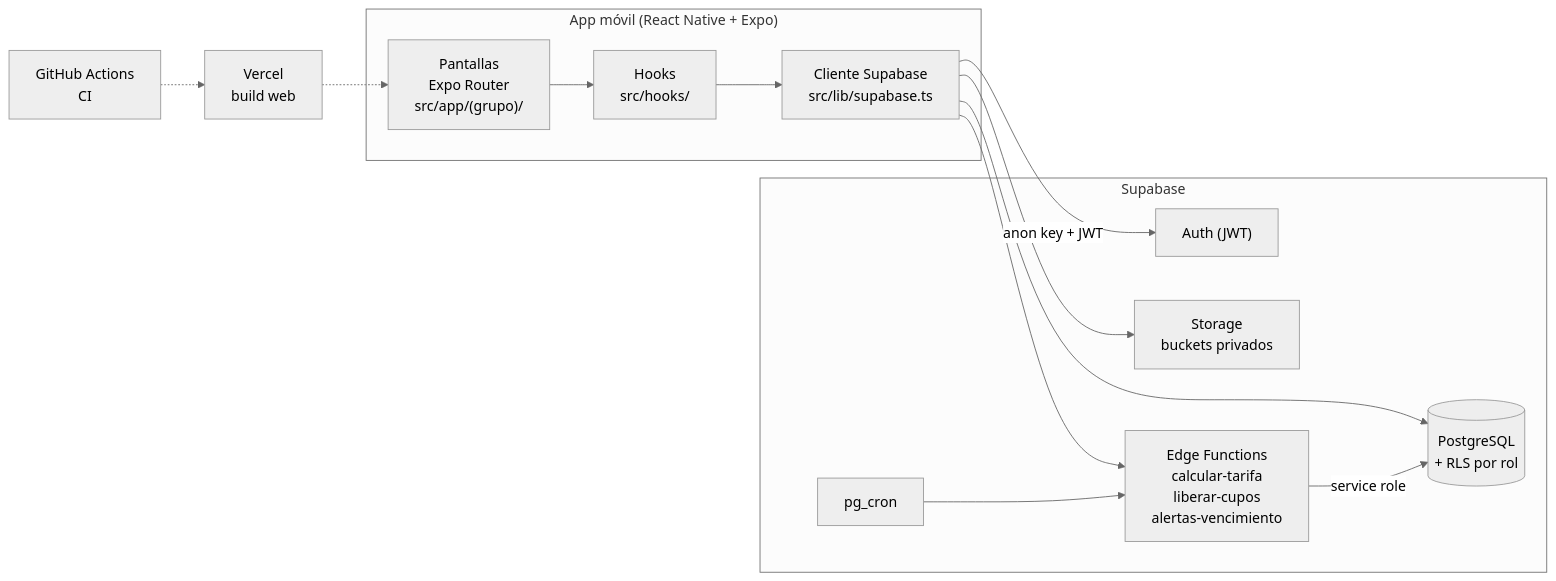
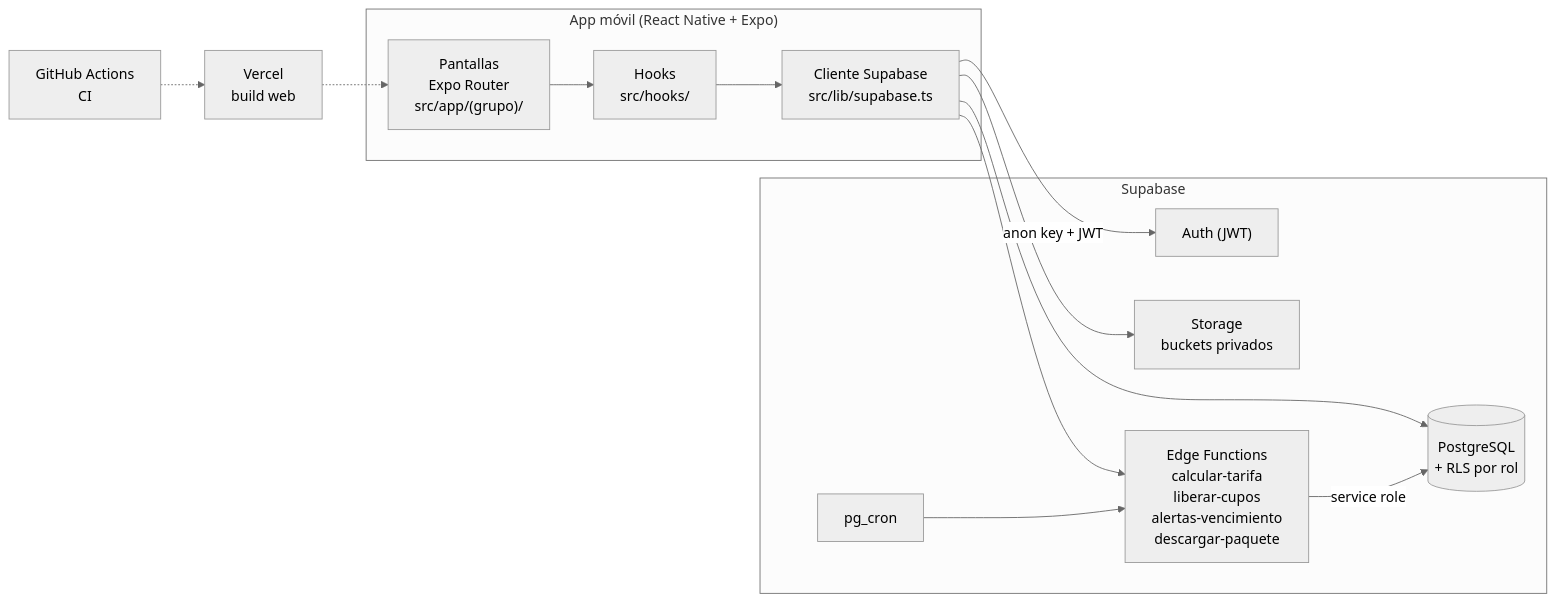
One commit to AnthonyViverosC/GoldTrans changed the first of 2 diagrams in docs/arquitectura.md. Above: the diagram before and after it, drawn with Mermaid (neutral theme). The commit also changed 87 other files, not shown here.

````diff
--- a/docs/arquitectura.md
+++ b/docs/arquitectura.md
@@ -5,27 +5,27 @@
 ```mermaid
 flowchart LR
   subgraph Cliente["App móvil (React Native + Expo)"]
     UI["Pantallas<br/>Expo Router<br/>src/app/(grupo)/"]
     HK["Hooks<br/>src/hooks/"]
     LIB["Cliente Supabase<br/>src/lib/supabase.ts"]
     UI --> HK --> LIB
   end
 
   subgraph Supabase
     AUTH["Auth (JWT)"]
     DB[("PostgreSQL<br/>+ RLS por rol")]
     ST["Storage<br/>buckets privados"]
-    EF["Edge Functions<br/>calcular-tarifa<br/>liberar-cupos<br/>alertas-vencimiento"]
+    EF["Edge Functions<br/>calcular-tarifa<br/>liberar-cupos<br/>alertas-vencimiento<br/>descargar-paquete"]
     CRON["pg_cron"]
   end
 
   LIB -- "anon key + JWT" --> AUTH
   LIB --> DB
   LIB --> ST
   LIB --> EF
   EF -- "service role" --> DB
   CRON --> EF
 
   WEB["Vercel<br/>build web"] -.-> UI
   GH["GitHub Actions<br/>CI"] -.-> WEB
 ```
````
